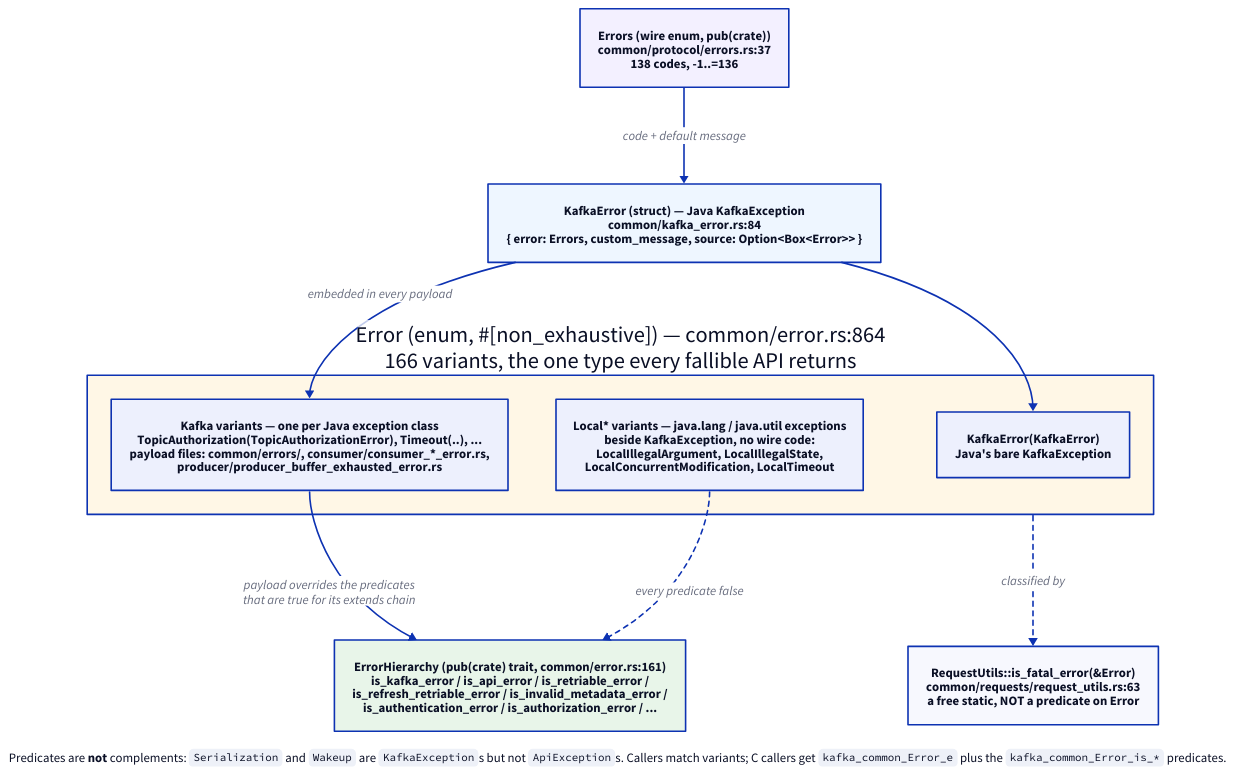
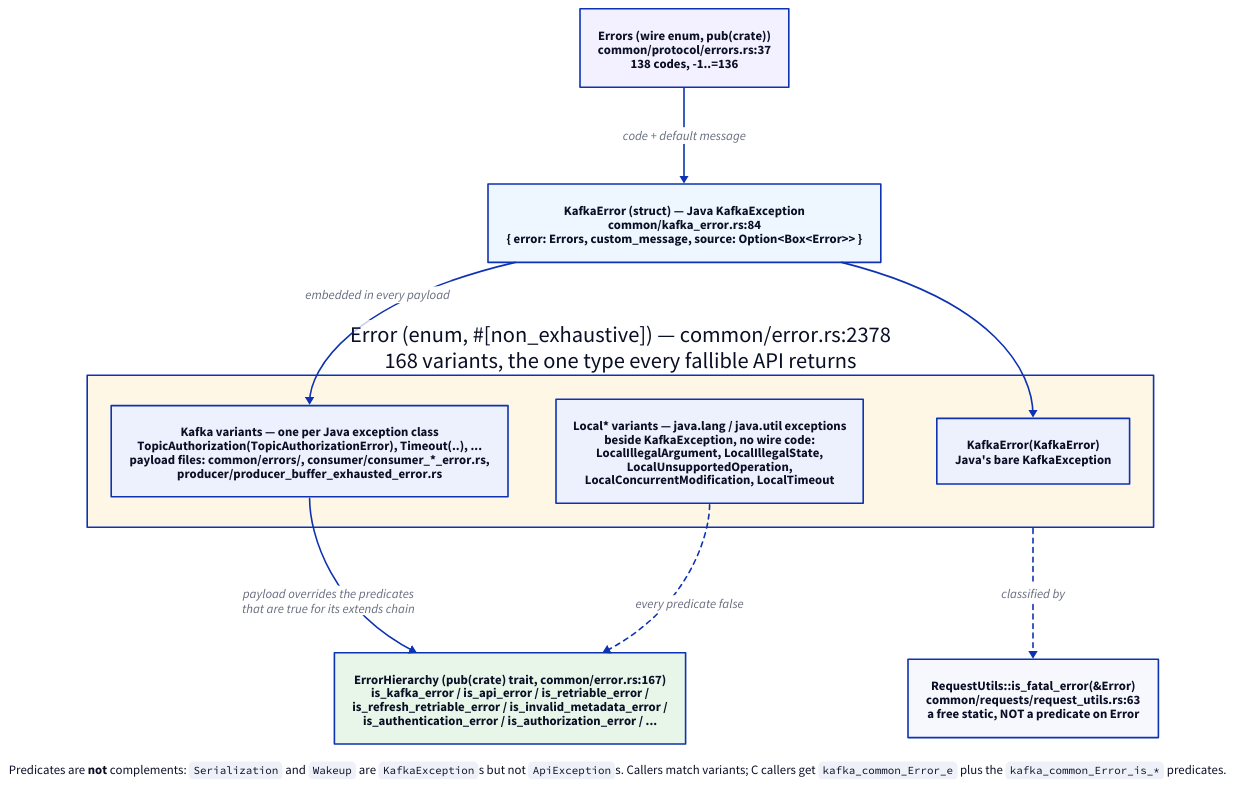
One commit to confluentinc/kafka-clients changed the diagram in design/current/img/error-types.d2. Above: the diagram before and after it, drawn with D2. The commit also changed 20 other files, not shown here.

```diff
--- a/design/current/img/error-types.d2
+++ b/design/current/img/error-types.d2
@@ -1,47 +1,47 @@
 # The error type structure.
 #
 # Source of truth for design/current/img/error-types.svg.
 # Render with: make -C design/current d2
 #
 # The point of this diagram: Java's exception *hierarchy* is flattened into
 # one `Error` enum with one variant per Java exception class; each payload
 # struct embeds the `KafkaError` base, and the Java `extends` chain survives
 # only as the `is_*_error()` predicates each payload overrides.
 
 direction: down
 
 errors: "Errors (wire enum, pub(crate))\ncommon/protocol/errors.rs:37\n138 codes, -1..=136" {
   style.fill: "#f3f0ff"
 }
 
 base: "KafkaError (struct) — Java KafkaException\ncommon/kafka_error.rs:84\n{ error: Errors, custom_message, source: Option<Box<Error>> }" {
   style.fill: "#eef6ff"
 }
 
-enum: "Error (enum, #[non_exhaustive]) — common/error.rs:864\n166 variants, the one type every fallible API returns" {
+enum: "Error (enum, #[non_exhaustive]) — common/error.rs:2378\n168 variants, the one type every fallible API returns" {
   style.fill: "#fff7e6"
 
   kafka: "Kafka variants — one per Java exception class\nTopicAuthorization(TopicAuthorizationError), Timeout(..), ...\npayload files: common/errors/, consumer/consumer_*_error.rs,\nproducer/producer_buffer_exhausted_error.rs"
   bare: "KafkaError(KafkaError)\nJava's bare KafkaException"
-  local: "Local* variants — java.lang / java.util exceptions\nbeside KafkaException, no wire code:\nLocalIllegalArgument, LocalIllegalState,\nLocalConcurrentModification, LocalTimeout"
+  local: "Local* variants — java.lang / java.util exceptions\nbeside KafkaException, no wire code:\nLocalIllegalArgument, LocalIllegalState,\nLocalUnsupportedOperation,\nLocalConcurrentModification, LocalTimeout"
 }
 
-hier: "ErrorHierarchy (pub(crate) trait, common/error.rs:161)\nis_kafka_error / is_api_error / is_retriable_error /\nis_refresh_retriable_error / is_invalid_metadata_error /\nis_authentication_error / is_authorization_error / ..." {
+hier: "ErrorHierarchy (pub(crate) trait, common/error.rs:167)\nis_kafka_error / is_api_error / is_retriable_error /\nis_refresh_retriable_error / is_invalid_metadata_error /\nis_authentication_error / is_authorization_error / ..." {
   style.fill: "#e8f5e9"
 }
 
 fatal: "RequestUtils::is_fatal_error(&Error)\ncommon/requests/request_utils.rs:63\na free static, NOT a predicate on Error"
 
 errors -> base: "code + default message"
 base -> enum.kafka: "embedded in every payload"
 base -> enum.bare
 enum.kafka -> hier: "payload overrides the predicates\nthat are true for its extends chain"
 enum.local -> hier: "every predicate false" {style.stroke-dash: 3}
 enum -> fatal: "classified by" {style.stroke-dash: 3}
 
 note: |md
   Predicates are **not** complements: `Serialization` and `Wakeup` are
   `KafkaException`s but not `ApiException`s. Callers match variants;
   C callers get `kafka_common_Error_e` plus the `kafka_common_Error_is_*`
   predicates.
 | {near: bottom-center}
```
